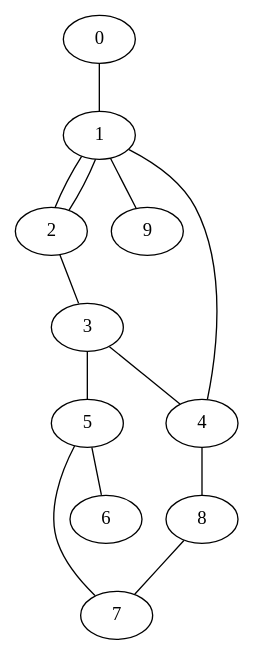
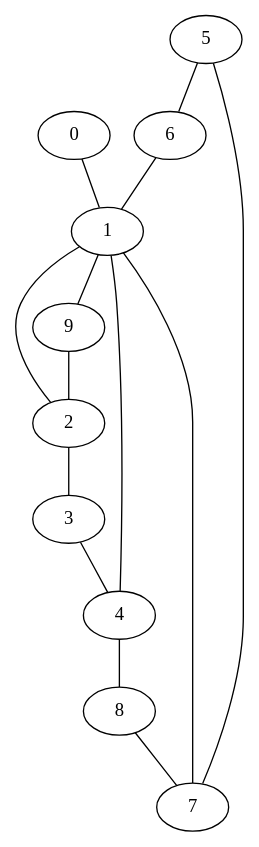
One commit to abemac/verilog-to-fsm changed the diagram in state_encoding/yuan_alg/run/graph1.dot. Above: the diagram before and after it, drawn with Graphviz. The commit also changed 6 other files, not shown here.

```diff
--- a/state_encoding/yuan_alg/run/graph1.dot
+++ b/state_encoding/yuan_alg/run/graph1.dot
@@ -1,14 +1,15 @@
 graph fsm {
 0 -- 1;
 1 -- 2;
 1 -- 9;
-2 -- 1;
 2 -- 3;
-3 -- 5;
 3 -- 4;
 4 -- 1;
 4 -- 8;
 5 -- 7;
 5 -- 6;
+6 -- 1;
+7 -- 1;
 8 -- 7;
+9 -- 2;
 }
```
